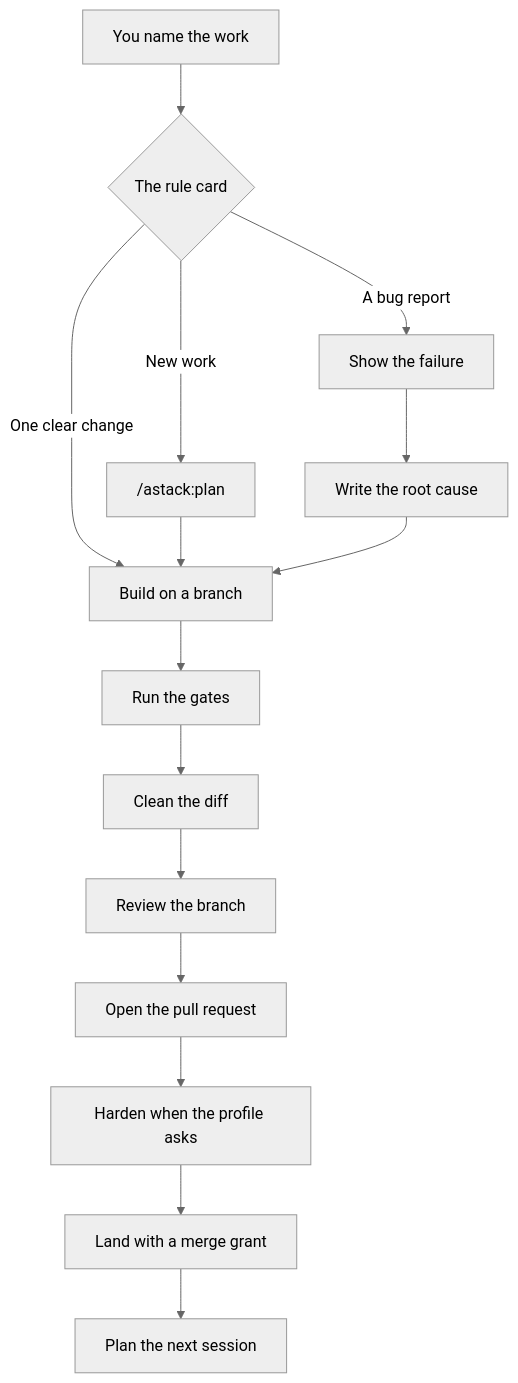
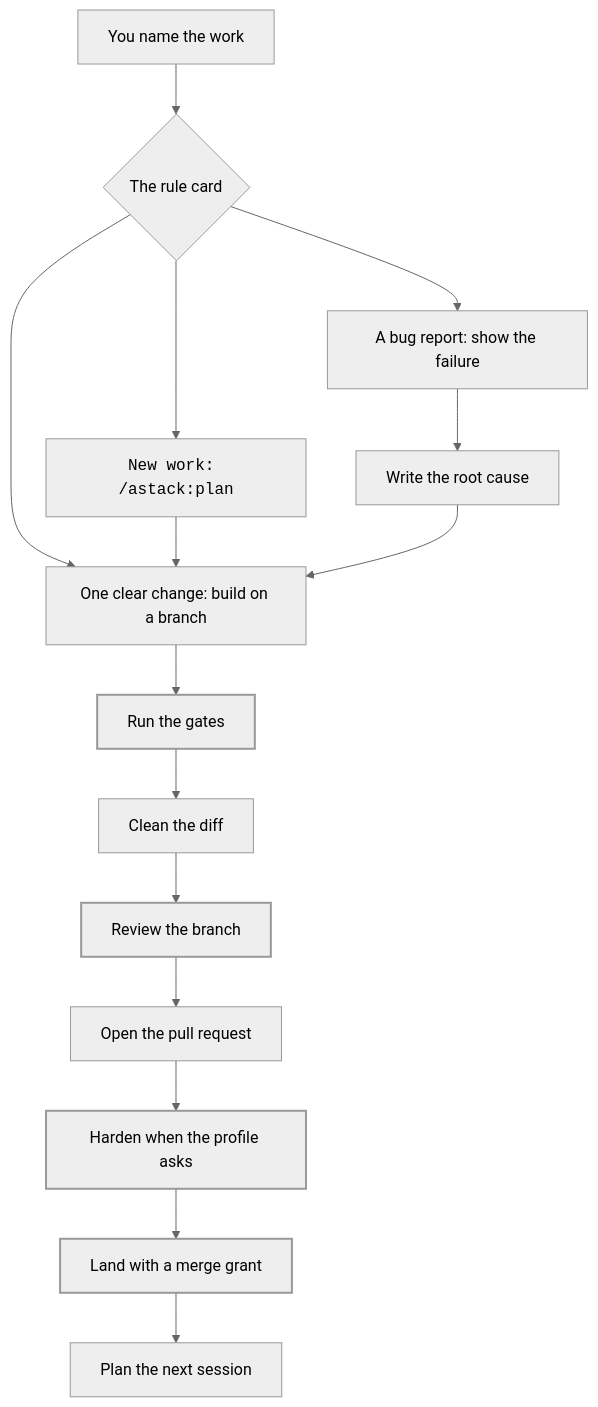
Before and after one commit to vahaah/astack: the diagram in docs/charts/daily-path.mmd, drawn with Mermaid (neutral theme). The commit also changed 16 other files, not shown here.

First line of the commit message:
docs: rewrite README and CONTRIBUTING, theme-aware charts and hero (#5)

```diff
--- a/docs/charts/daily-path.mmd
+++ b/docs/charts/daily-path.mmd
@@ -1,15 +1,19 @@
 flowchart TD
   name[You name the work] --> pick{The rule card}
-  pick -->|New work| plan["/astack:plan"]
-  pick -->|One clear change| build[Build on a branch]
-  pick -->|A bug report| bug[Show the failure]
+  pick --> plan["New work: /astack:plan"]
+  pick --> build[One clear change: build on a branch]
+  pick --> bug[A bug report: show the failure]
   plan --> build
   bug --> cause[Write the root cause]
   cause --> build
   build --> gates[Run the gates]
   gates --> clean[Clean the diff]
   clean --> review[Review the branch]
   review --> openPr[Open the pull request]
   openPr --> harden[Harden when the profile asks]
   harden --> land[Land with a merge grant]
   land --> next[Plan the next session]
+  classDef cmd font-family:monospace
+  classDef gate stroke-width:2px
+  class plan cmd
+  class gates,review,harden,land gate
```
